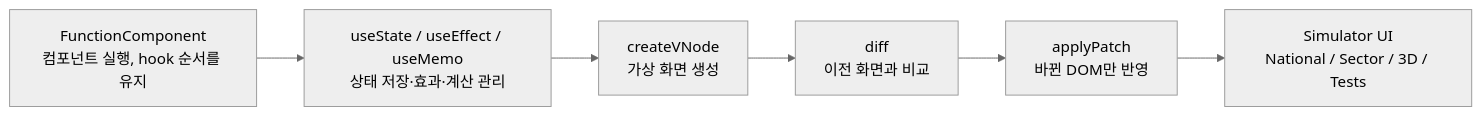
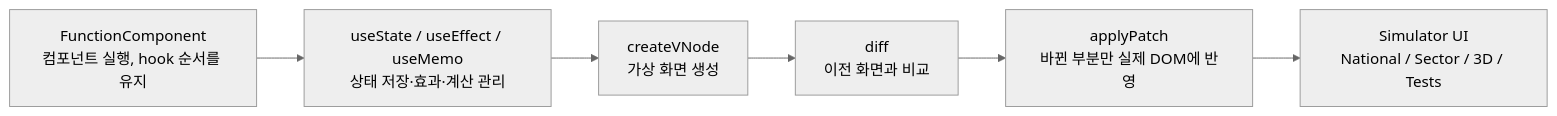
Before and after one commit to robertkim5363-bit/iron-dome-simulator: the first of 3 diagrams in README.md, drawn with Mermaid (neutral theme).

````diff
--- a/README.md
+++ b/README.md
@@ -13,8 +13,8 @@
 ```mermaid
 flowchart LR
     A["FunctionComponent<br/>컴포넌트 실행, hook 순서를 유지"] --> B["useState / useEffect / useMemo<br/>상태 저장·효과·계산 관리"]
     B --> C["createVNode<br/>가상 화면 생성"]
     C --> D["diff<br/>이전 화면과 비교"]
-    D --> E["applyPatch<br/>바뀐 DOM만 반영"]
+    D --> E["applyPatch<br/>바뀐 부분만 실제 DOM에 반영"]
     E --> F["Simulator UI<br/>National / Sector / 3D / Tests"]
 ```
````
